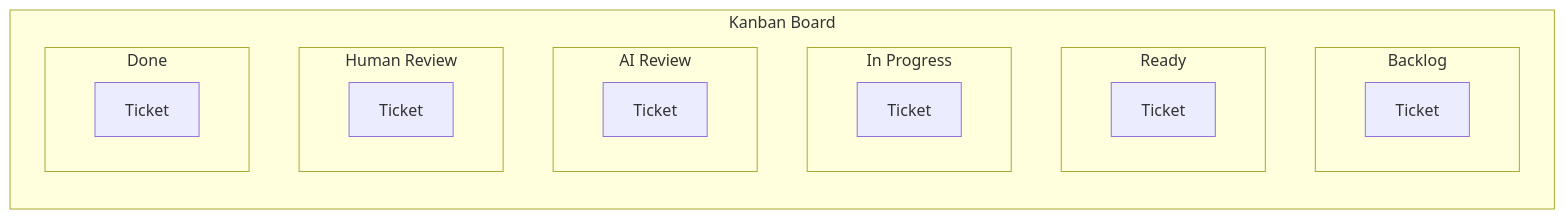
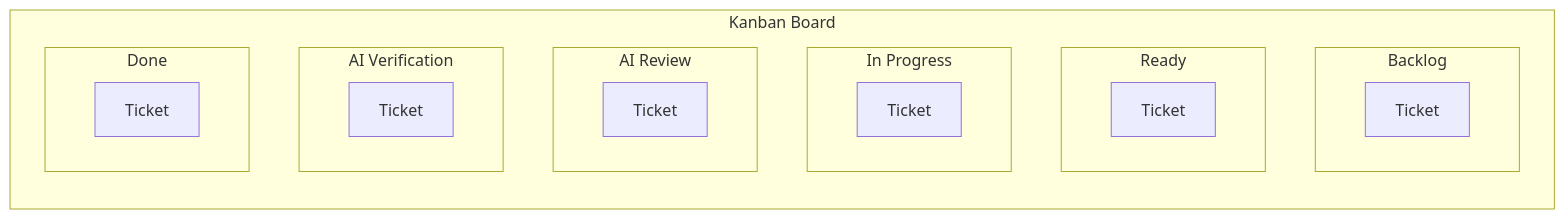
One commit to salmanrrana/brain-dump changed the fourth of 8 diagrams in docs/flows/kanban-workflow.md. Above: the diagram before and after it, drawn with Mermaid. The commit also changed other lines of this file and 84 other files, not shown here.

Commit message:
feat(9f63c408): add ai verification status flow

````diff
--- a/docs/flows/kanban-workflow.md
+++ b/docs/flows/kanban-workflow.md
@@ -202,23 +202,23 @@
 ```mermaid
 flowchart LR
     subgraph Board["Kanban Board"]
         subgraph Col1["Backlog"]
             T1["Ticket"]
         end
         subgraph Col2["Ready"]
             T2["Ticket"]
         end
         subgraph Col3["In Progress"]
             T3["Ticket"]
         end
         subgraph Col4["AI Review"]
             T4["Ticket"]
         end
-        subgraph Col5["Human Review"]
+        subgraph Col5["AI Verification"]
             T5["Ticket"]
         end
         subgraph Col6["Done"]
             T6["Ticket"]
         end
     end
 ```
````
